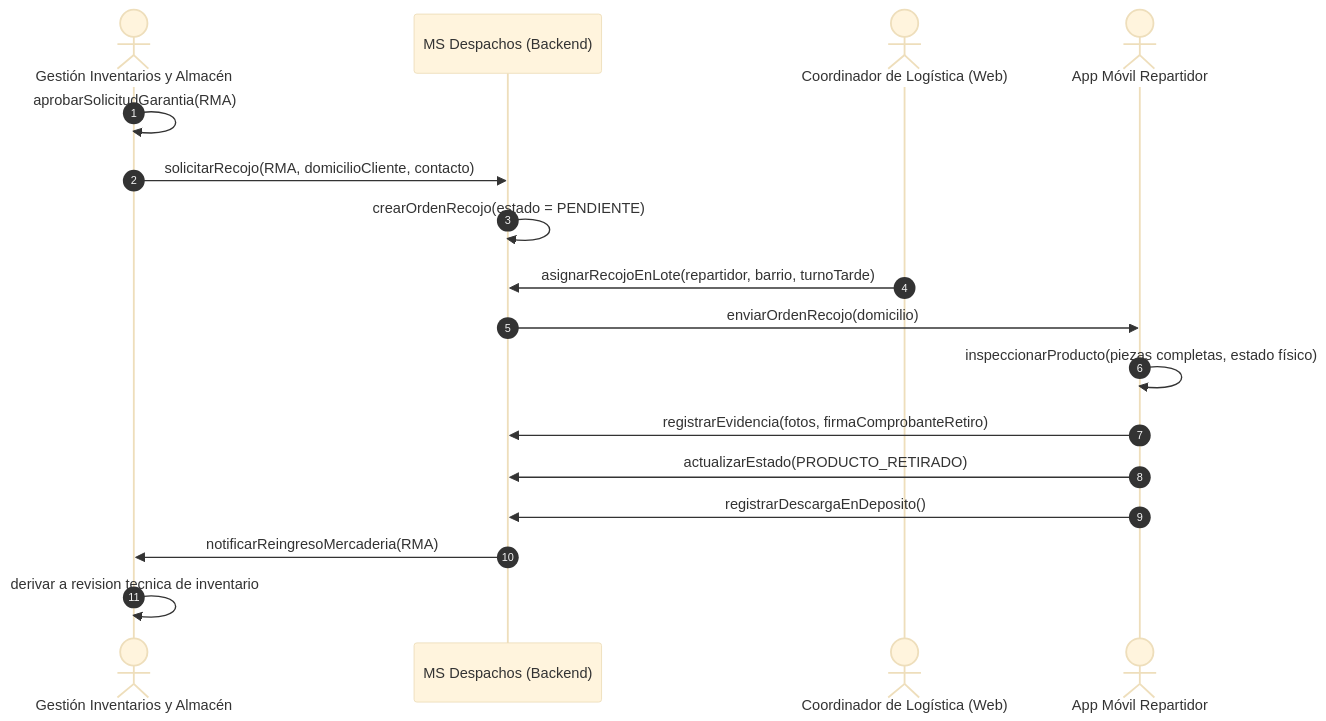
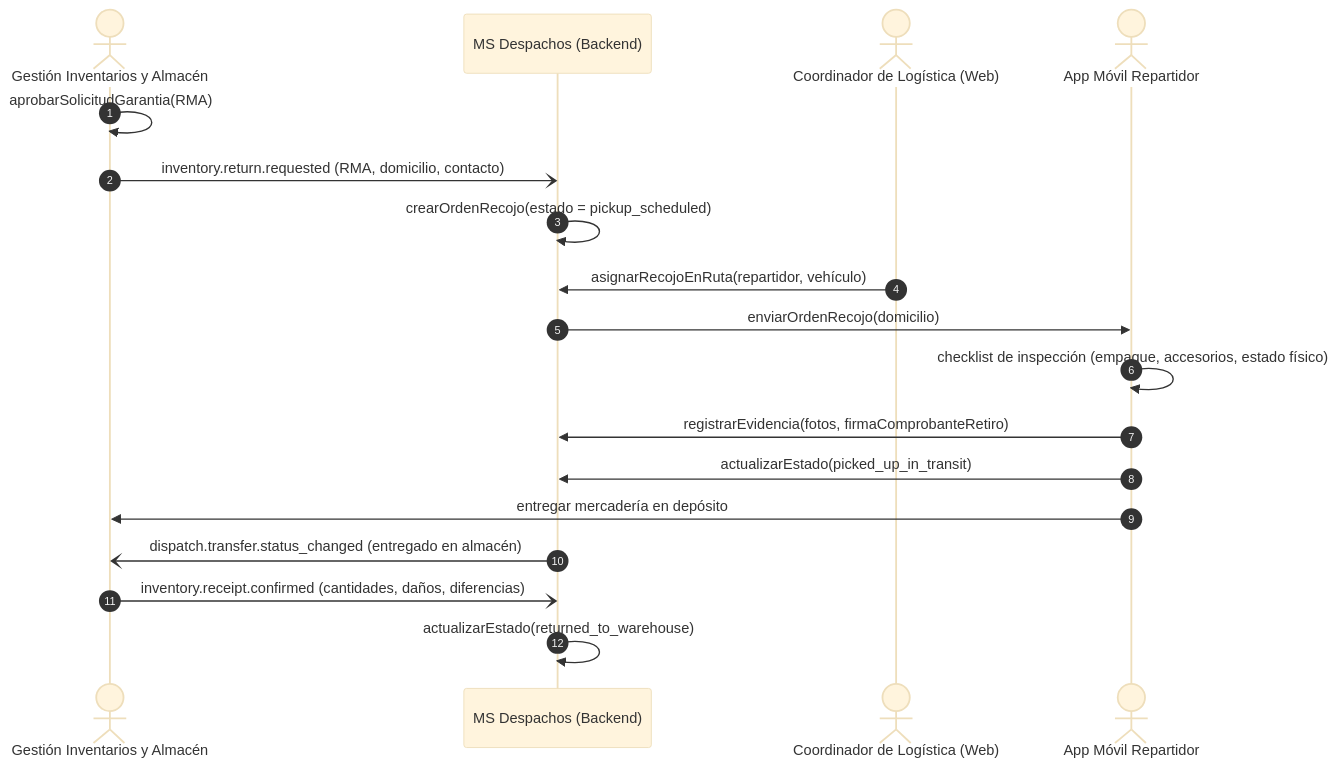
Before and after one commit to Entregas-y-despacho-MS/delivery-dispatch-docs: the third of 5 diagrams in interoperabilidad-y-flujos.md, drawn with Mermaid (base theme). The commit also changed other lines of this file and 4 other files, not shown here.

````diff
--- a/interoperabilidad-y-flujos.md
+++ b/interoperabilidad-y-flujos.md
@@ -77,23 +201,24 @@
 ```mermaid
 sequenceDiagram
     autonumber
     actor Almacen as Gestión Inventarios y Almacén
     participant Backend as MS Despachos (Backend)
     actor Coordinador as Coordinador de Logística (Web)
     actor Repartidor as App Móvil Repartidor
 
     Almacen->>Almacen: aprobarSolicitudGarantia(RMA)
-    Almacen->>Backend: solicitarRecojo(RMA, domicilioCliente, contacto)
-    Backend->>Backend: crearOrdenRecojo(estado = PENDIENTE)
-    
-    Coordinador->>Backend: asignarRecojoEnLote(repartidor, barrio, turnoTarde)
+    Almacen-)Backend: inventory.return.requested (RMA, domicilio, contacto)
+    Backend->>Backend: crearOrdenRecojo(estado = pickup_scheduled)
+
+    Coordinador->>Backend: asignarRecojoEnRuta(repartidor, vehículo)
     Backend->>Repartidor: enviarOrdenRecojo(domicilio)
-    
-    Repartidor->>Repartidor: inspeccionarProducto(piezas completas, estado físico)
+
+    Repartidor->>Repartidor: checklist de inspección (empaque, accesorios, estado físico)
     Repartidor->>Backend: registrarEvidencia(fotos, firmaComprobanteRetiro)
-    Repartidor->>Backend: actualizarEstado(PRODUCTO_RETIRADO)
-    
-    Repartidor->>Backend: registrarDescargaEnDeposito()
-    Backend->>Almacen: notificarReingresoMercaderia(RMA)
-    Almacen->>Almacen: derivar a revision tecnica de inventario
+    Repartidor->>Backend: actualizarEstado(picked_up_in_transit)
+
+    Repartidor->>Almacen: entregar mercadería en depósito
+    Backend-)Almacen: dispatch.transfer.status_changed (entregado en almacén)
+    Almacen-)Backend: inventory.receipt.confirmed (cantidades, daños, diferencias)
+    Backend->>Backend: actualizarEstado(returned_to_warehouse)
 ```
````
